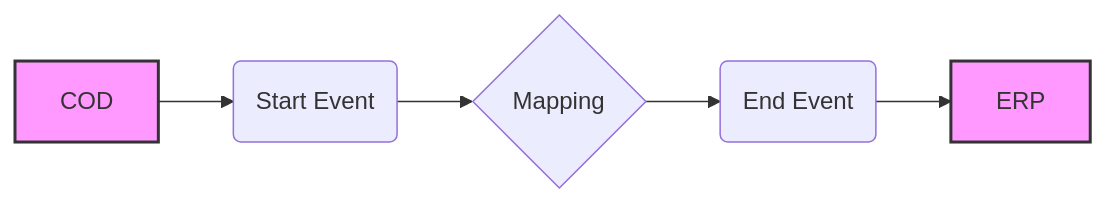
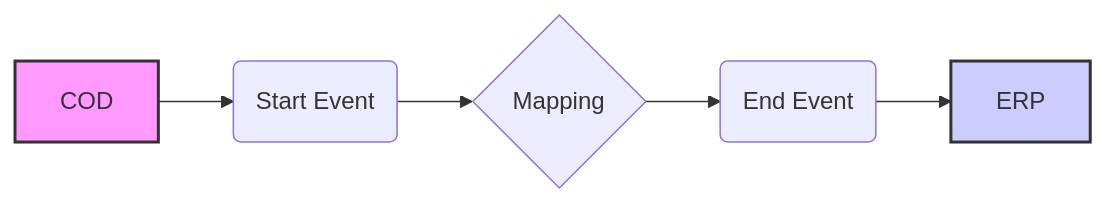
Before and after one commit to Avvale-IA-CICD/AvvaleCPI: the diagram in MMZ - Cell Iflows/Check_Connectivity_to_SAP_Business_Suite_MMZ-1.0.4/readme.md, drawn with Mermaid. The commit also changed other lines of this file, not shown here.

````diff
--- a/MMZ - Cell Iflows/Check_Connectivity_to_SAP_Business_Suite_MMZ-1.0.4/readme.md
+++ b/MMZ - Cell Iflows/Check_Connectivity_to_SAP_Business_Suite_MMZ-1.0.4/readme.md
@@ -4,9 +4,9 @@
 ```mermaid
 graph LR
     A[COD] --> B(Start Event)
     B --> C{Mapping}
     C --> D(End Event)
     D --> E[ERP]
     style A fill:#f9f,stroke:#333,stroke-width:2px
-    style E fill:#f9f,stroke:#333,stroke-width:2px
+    style E fill:#ccf,stroke:#333,stroke-width:2px
 ```
````
